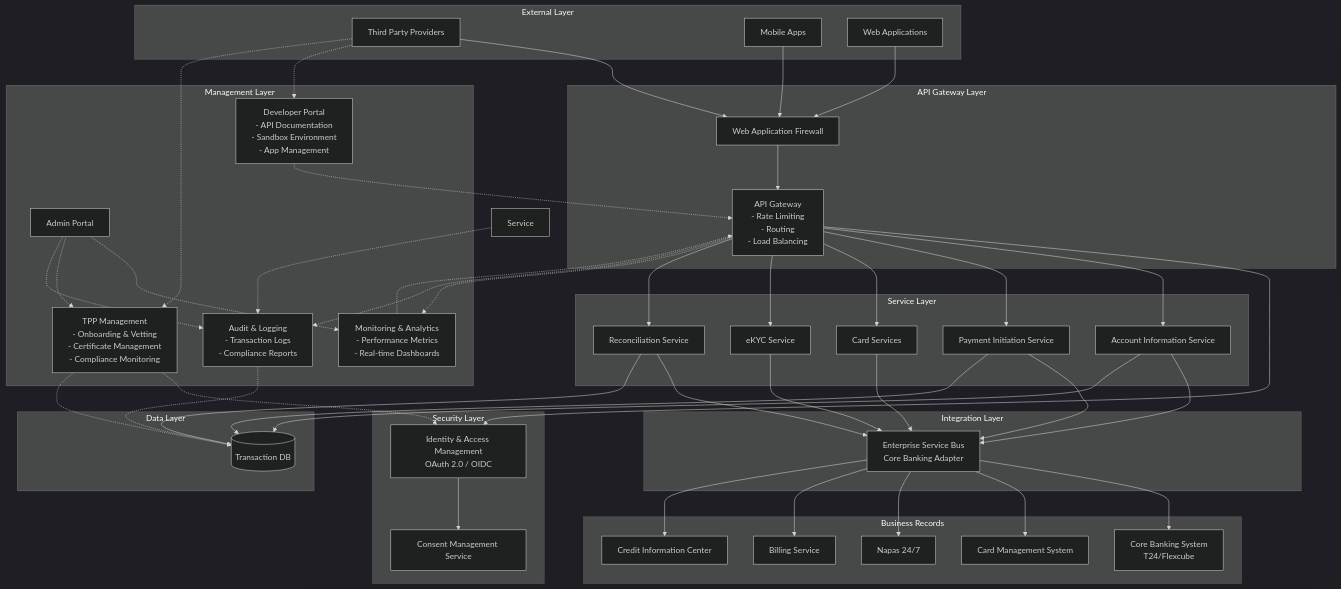
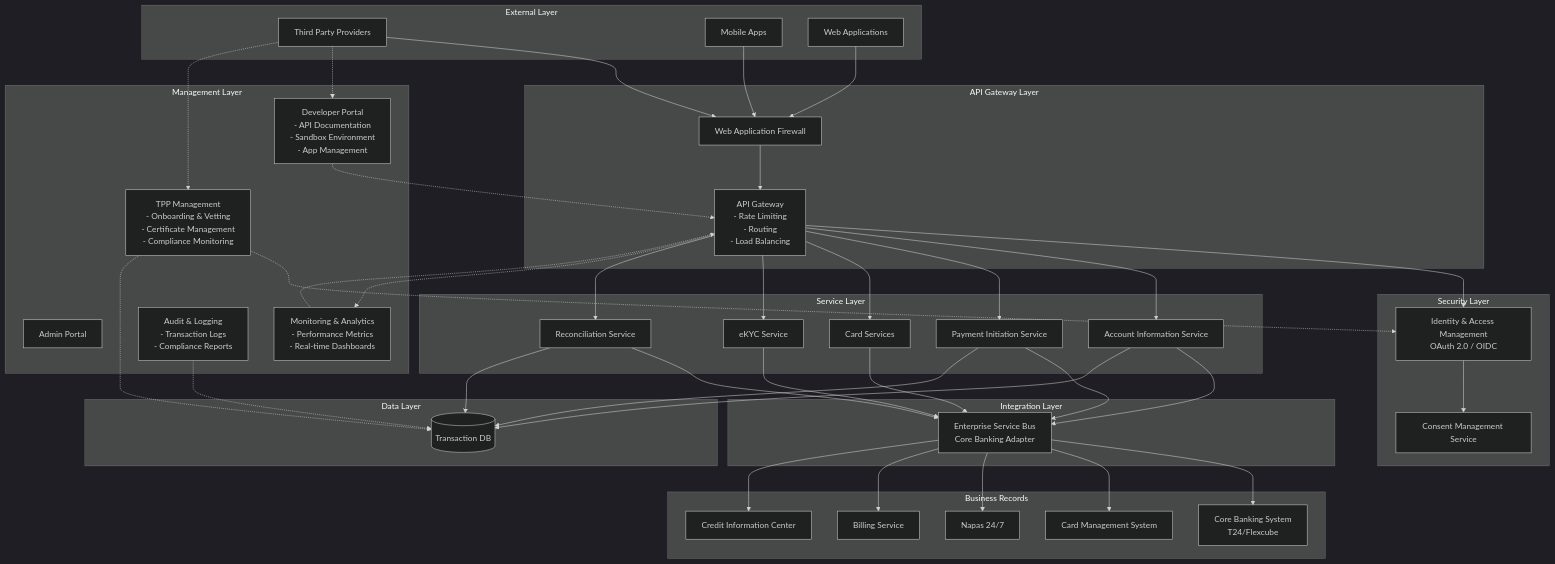
Before and after one commit to huuhoait/openbanking-vn-specs: the first of 2 diagrams in 01-Kien-truc-he-thong.md, drawn with Mermaid (dark theme).

Commit message:
fix  kiến trúc

````diff
--- a/01-Kien-truc-he-thong.md
+++ b/01-Kien-truc-he-thong.md
@@ -87,17 +87,14 @@
     Recon --> DB
     
     APIGW -.-> Monitor
-    APIGW -.-> Audit
-    Service -.-> Audit
+ 
+ 
     
     TPP -.-> DevPortal
     TPP -.-> TPPMgmt
     DevPortal -.-> APIGW
     TPPMgmt -.-> IAM
     TPPMgmt -.-> DB
-    AdminPortal -.-> Monitor
-    AdminPortal -.-> TPPMgmt
-    AdminPortal -.-> Audit
     Monitor -.-> APIGW
     Audit -.-> DB
 ```
````
